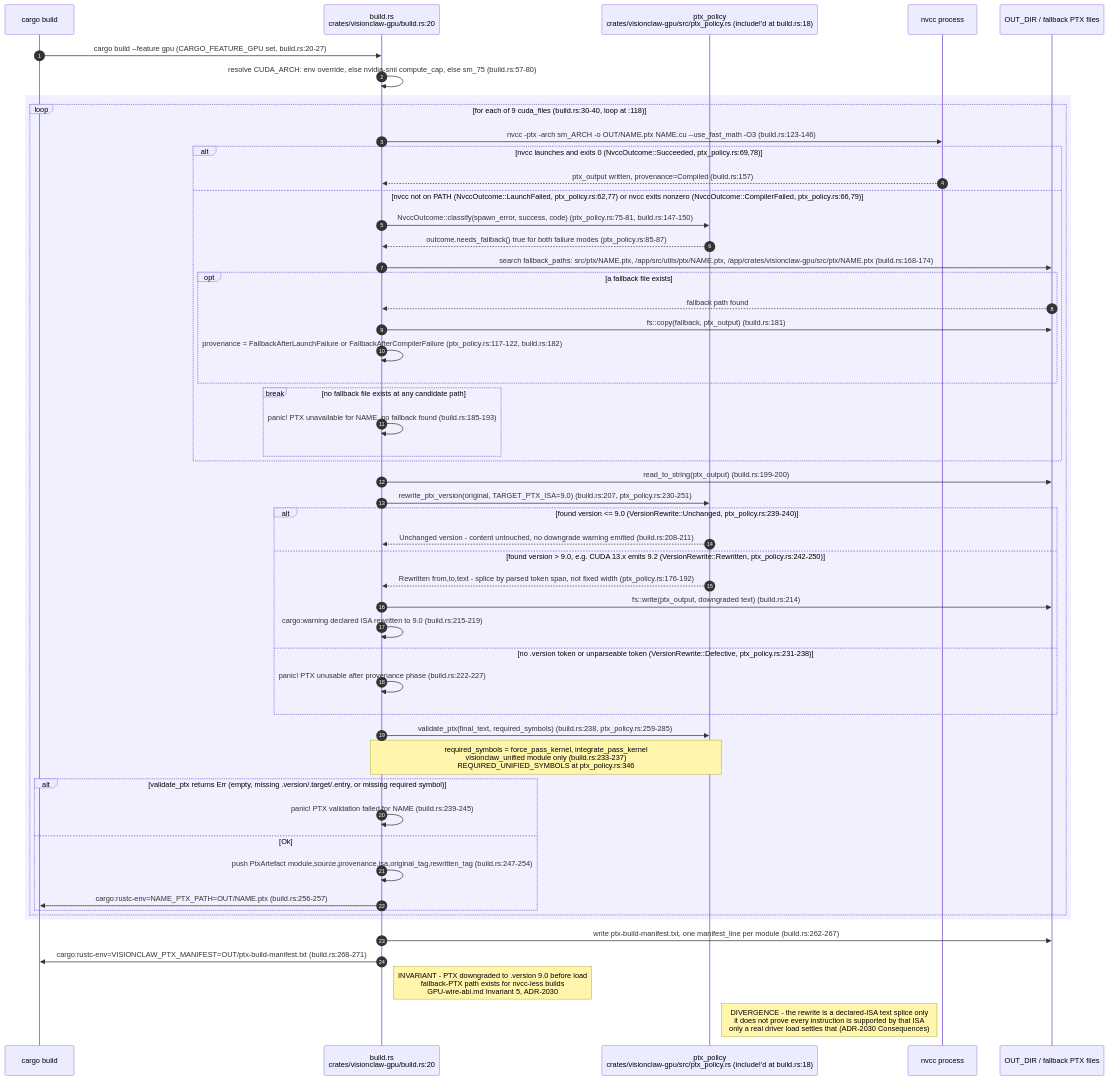
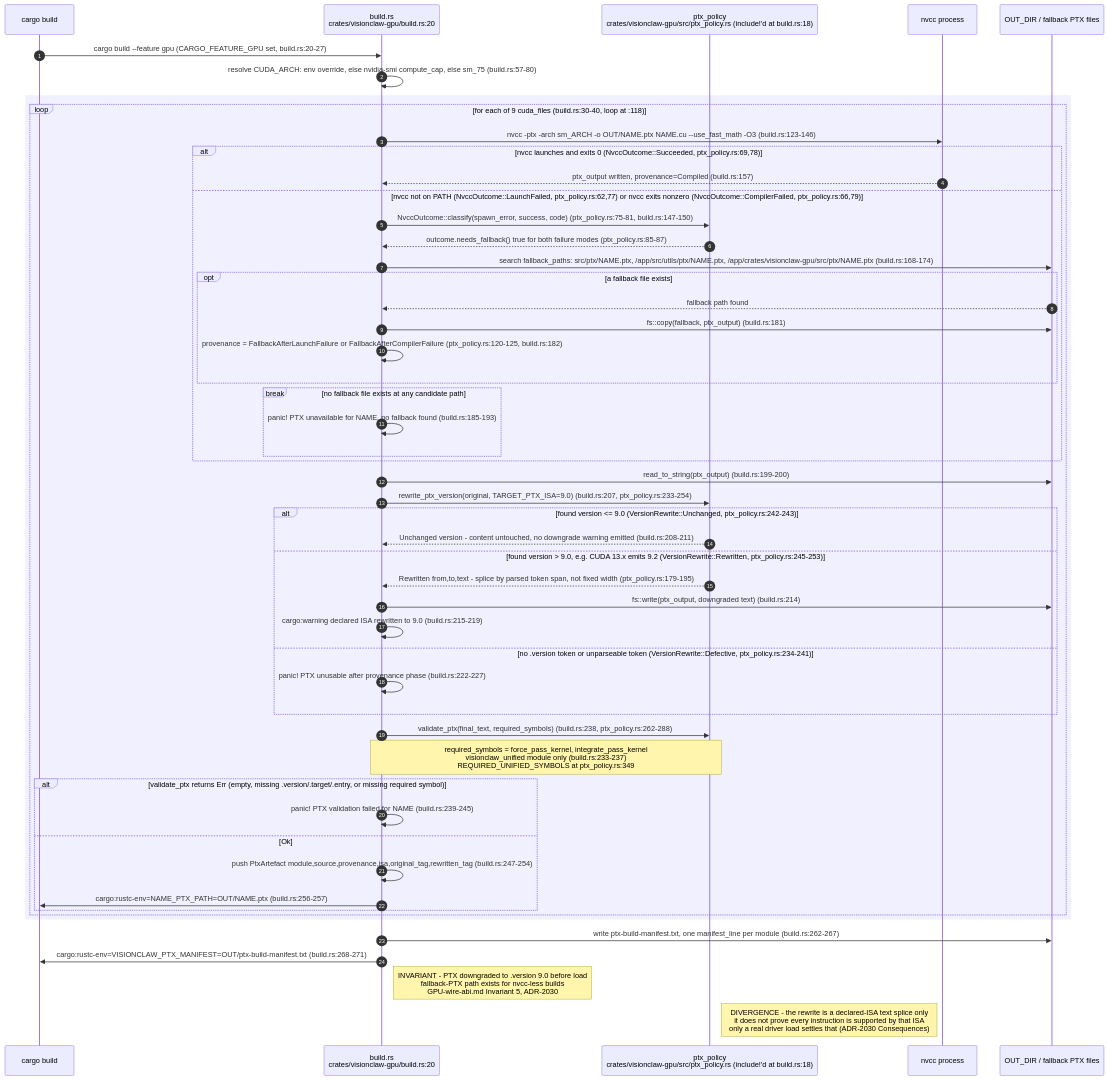
Before and after one commit to DreamLab-AI/AR-AI-Knowledge-Graph: the fifth of 7 diagrams in docs/diagrams/visionclaw/12-simparams-abi-and-ptx.md, drawn with Mermaid. The commit also changed other lines of this file and 73 other files, not shown here.

First line of the commit message:
docs(diagrams): re-verify all 71 topic files against HEAD; add --cite-check

````diff
--- a/docs/diagrams/visionclaw/12-simparams-abi-and-ptx.md
+++ b/docs/diagrams/visionclaw/12-simparams-abi-and-ptx.md
@@ -286,55 +286,55 @@
 ```mermaid
 sequenceDiagram
     autonumber
     participant Cargo as cargo build
     participant BR as build.rs<br/>crates/visionclaw-gpu/build.rs:20
     participant Policy as ptx_policy<br/>crates/visionclaw-gpu/src/ptx_policy.rs (include!'d at build.rs:18)
     participant Nvcc as nvcc process
     participant FS as OUT_DIR / fallback PTX files
 
     Cargo->>BR: cargo build --feature gpu (CARGO_FEATURE_GPU set, build.rs:20-27)
     BR->>BR: resolve CUDA_ARCH: env override, else nvidia-smi compute_cap, else sm_75 (build.rs:57-80)
     rect rgb(240,240,255)
     loop for each of 9 cuda_files (build.rs:30-40, loop at :118)
         BR->>Nvcc: nvcc -ptx -arch sm_ARCH -o OUT/NAME.ptx NAME.cu --use_fast_math -O3 (build.rs:123-146)
         alt nvcc launches and exits 0 (NvccOutcome::Succeeded, ptx_policy.rs:69,78)
             Nvcc-->>BR: ptx_output written, provenance=Compiled (build.rs:157)
         else nvcc not on PATH (NvccOutcome::LaunchFailed, ptx_policy.rs:62,77) or nvcc exits nonzero (NvccOutcome::CompilerFailed, ptx_policy.rs:66,79)
             BR->>Policy: NvccOutcome::classify(spawn_error, success, code) (ptx_policy.rs:75-81, build.rs:147-150)
             Policy-->>BR: outcome.needs_fallback() true for both failure modes (ptx_policy.rs:85-87)
             BR->>FS: search fallback_paths: src/ptx/NAME.ptx, /app/src/utils/ptx/NAME.ptx, /app/crates/visionclaw-gpu/src/ptx/NAME.ptx (build.rs:168-174)
             opt a fallback file exists
                 FS-->>BR: fallback path found
                 BR->>FS: fs::copy(fallback, ptx_output) (build.rs:181)
-                BR->>BR: provenance = FallbackAfterLaunchFailure or FallbackAfterCompilerFailure (ptx_policy.rs:117-122, build.rs:182)
+                BR->>BR: provenance = FallbackAfterLaunchFailure or FallbackAfterCompilerFailure (ptx_policy.rs:120-125, build.rs:182)
             end
             break no fallback file exists at any candidate path
                 BR->>BR: panic! PTX unavailable for NAME, no fallback found (build.rs:185-193)
             end
         end
         BR->>FS: read_to_string(ptx_output) (build.rs:199-200)
-        BR->>Policy: rewrite_ptx_version(original, TARGET_PTX_ISA=9.0) (build.rs:207, ptx_policy.rs:230-251)
-        alt found version <= 9.0 (VersionRewrite::Unchanged, ptx_policy.rs:239-240)
+        BR->>Policy: rewrite_ptx_version(original, TARGET_PTX_ISA=9.0) (build.rs:207, ptx_policy.rs:233-254)
+        alt found version <= 9.0 (VersionRewrite::Unchanged, ptx_policy.rs:242-243)
             Policy-->>BR: Unchanged version - content untouched, no downgrade warning emitted (build.rs:208-211)
-        else found version > 9.0, e.g. CUDA 13.x emits 9.2 (VersionRewrite::Rewritten, ptx_policy.rs:242-250)
-            Policy-->>BR: Rewritten from,to,text - splice by parsed token span, not fixed width (ptx_policy.rs:176-192)
+        else found version > 9.0, e.g. CUDA 13.x emits 9.2 (VersionRewrite::Rewritten, ptx_policy.rs:245-253)
+            Policy-->>BR: Rewritten from,to,text - splice by parsed token span, not fixed width (ptx_policy.rs:179-195)
             BR->>FS: fs::write(ptx_output, downgraded text) (build.rs:214)
             BR->>BR: cargo:warning declared ISA rewritten to 9.0 (build.rs:215-219)
-        else no .version token or unparseable token (VersionRewrite::Defective, ptx_policy.rs:231-238)
+        else no .version token or unparseable token (VersionRewrite::Defective, ptx_policy.rs:234-241)
             BR->>BR: panic! PTX unusable after provenance phase (build.rs:222-227)
         end
-        BR->>Policy: validate_ptx(final_text, required_symbols) (build.rs:238, ptx_policy.rs:259-285)
-        Note over BR,Policy: required_symbols = force_pass_kernel, integrate_pass_kernel<br/>visionclaw_unified module only (build.rs:233-237)<br/>REQUIRED_UNIFIED_SYMBOLS at ptx_policy.rs:346
+        BR->>Policy: validate_ptx(final_text, required_symbols) (build.rs:238, ptx_policy.rs:262-288)
+        Note over BR,Policy: required_symbols = force_pass_kernel, integrate_pass_kernel<br/>visionclaw_unified module only (build.rs:233-237)<br/>REQUIRED_UNIFIED_SYMBOLS at ptx_policy.rs:349
         alt validate_ptx returns Err (empty, missing .version/.target/.entry, or missing required symbol)
             BR->>BR: panic! PTX validation failed for NAME (build.rs:239-245)
         else Ok
             BR->>BR: push PtxArtefact module,source,provenance,isa,original_tag,rewritten_tag (build.rs:247-254)
             BR->>Cargo: cargo:rustc-env=NAME_PTX_PATH=OUT/NAME.ptx (build.rs:256-257)
         end
     end
     end
     BR->>FS: write ptx-build-manifest.txt, one manifest_line per module (build.rs:262-267)
     BR->>Cargo: cargo:rustc-env=VISIONCLAW_PTX_MANIFEST=OUT/ptx-build-manifest.txt (build.rs:268-271)
     Note right of BR: INVARIANT - PTX downgraded to .version 9.0 before load<br/>fallback-PTX path exists for nvcc-less builds<br/>GPU-wire-abi.md Invariant 5, ADR-2030
     Note right of Policy: DIVERGENCE - the rewrite is a declared-ISA text splice only<br/>it does not prove every instruction is supported by that ISA<br/>only a real driver load settles that (ADR-2030 Consequences)
 ```
````
